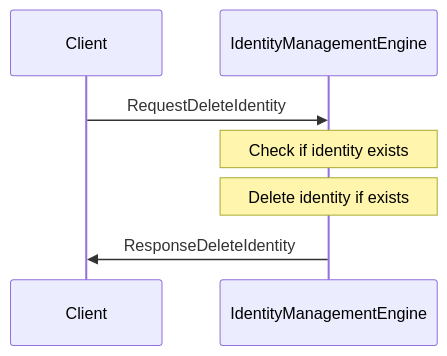
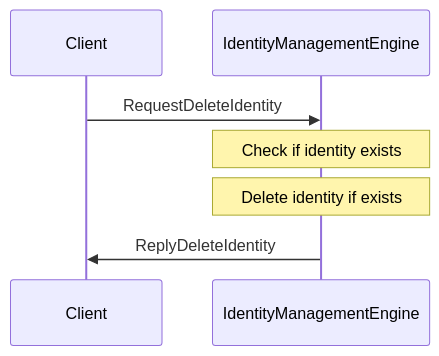
Before and after one commit to anoma/nspec: the third of 3 diagrams in docs/arch/node/engines/identity_management_messages.juvix.md, drawn with Mermaid. The commit also changed other lines of this file and 37 other files, not shown here.

Commit message:
Renamed all instances of "Response" to "Reply" in message interfaces for consistency across commitment, decryption, identity management, and other engines.

````diff
--- a/docs/arch/node/engines/identity_management_messages.juvix.md
+++ b/docs/arch/node/engines/identity_management_messages.juvix.md
@@ -87,10 +87,10 @@
 ```mermaid
 sequenceDiagram
     participant Client
     participant IdentityManagementEngine
 
     Client->>IdentityManagementEngine: RequestDeleteIdentity
     Note over IdentityManagementEngine: Check if identity exists
     Note over IdentityManagementEngine: Delete identity if exists
-    IdentityManagementEngine->>Client: ResponseDeleteIdentity
+    IdentityManagementEngine->>Client: ReplyDeleteIdentity
 ```
````
